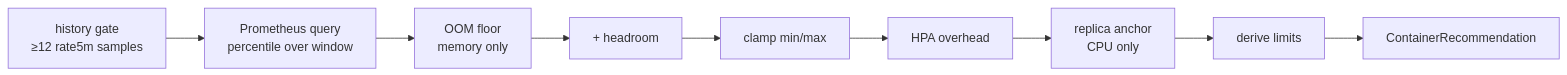
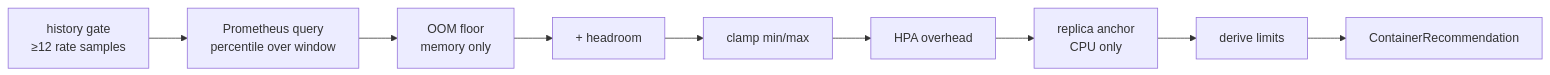
The diagram in docs/concepts/recommendation-pipeline.md (noony/k8s-sustain), drawn with Mermaid before and after one commit. The commit also changed other lines of this file and 28 other files, not shown here.

````diff
--- a/docs/concepts/recommendation-pipeline.md
+++ b/docs/concepts/recommendation-pipeline.md
@@ -33,11 +33,11 @@
 ```mermaid
 flowchart LR
-    G[history gate<br/>≥12 rate5m samples] --> Q[Prometheus query<br/>percentile over window]
+    G[history gate<br/>≥12 rate samples] --> Q[Prometheus query<br/>percentile over window]
     Q --> F[OOM floor<br/>memory only]
     F --> H[+ headroom]
     H --> C[clamp min/max]
     C --> O[HPA overhead]
     O --> R[replica anchor<br/>CPU only]
     R --> L[derive limits]
     L --> OUT[ContainerRecommendation]
 ```
````
